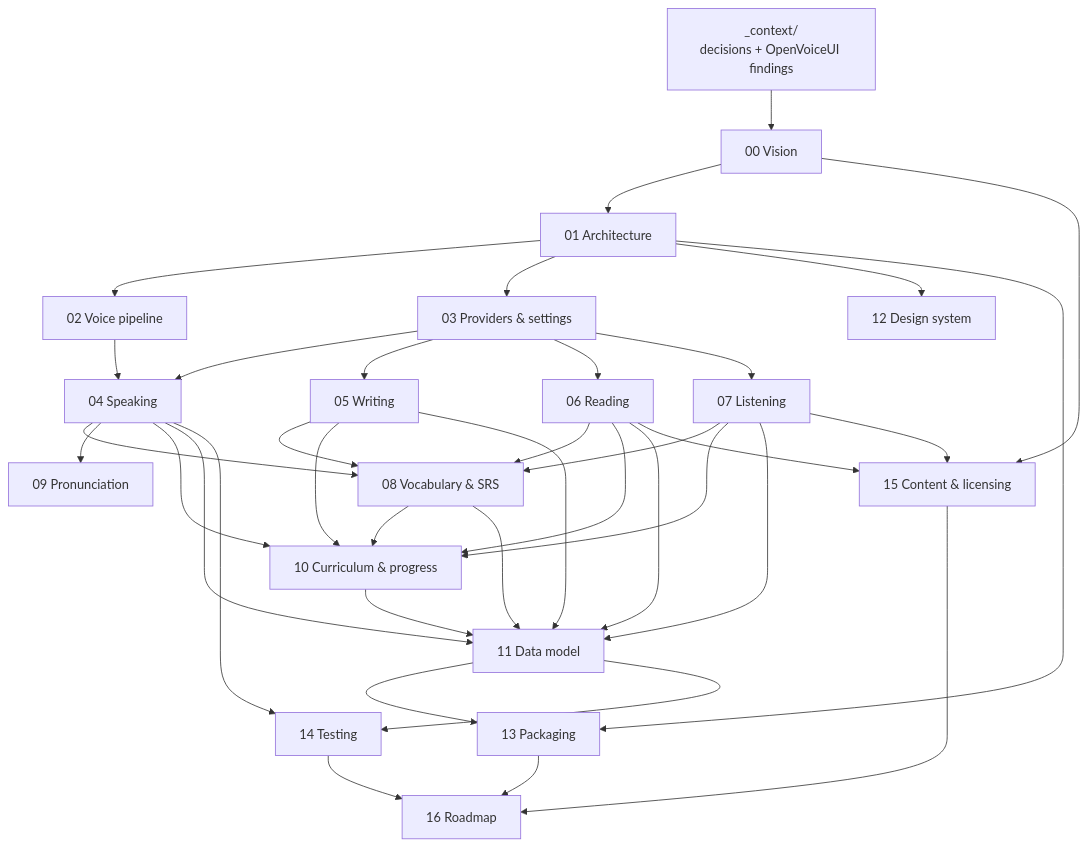
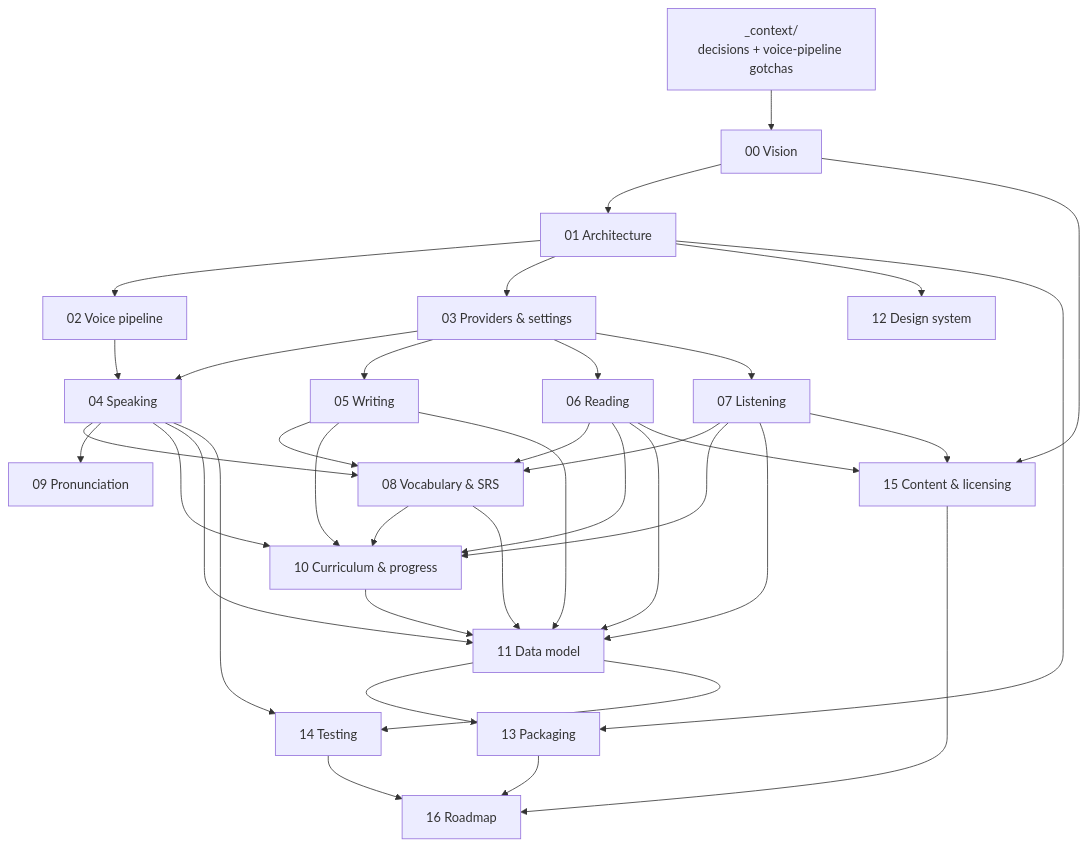
One commit to Luxshan2000/ielts-prep changed the diagram in docs/plan/README.md. Above: the diagram before and after it, drawn with Mermaid. The commit also changed other lines of this file and 43 other files, not shown here.

````diff
--- a/docs/plan/README.md
+++ b/docs/plan/README.md
@@ -96,44 +96,44 @@
 ```mermaid
 graph TD
-    CTX["_context/<br/>decisions + OpenVoiceUI findings"] --> V["00 Vision"]
+    CTX["_context/<br/>decisions + voice-pipeline gotchas"] --> V["00 Vision"]
     V --> A["01 Architecture"]
     A --> VP["02 Voice pipeline"]
     A --> PS["03 Providers & settings"]
 
     VP --> SPK["04 Speaking"]
     PS --> SPK
     PS --> WRT["05 Writing"]
     PS --> RDG["06 Reading"]
     PS --> LSN["07 Listening"]
 
     SPK --> SRS["08 Vocabulary & SRS"]
     WRT --> SRS
     RDG --> SRS
     LSN --> SRS
     SPK --> PRON["09 Pronunciation"]
     SPK --> CUR["10 Curriculum & progress"]
     WRT --> CUR
     RDG --> CUR
     LSN --> CUR
     SRS --> CUR
 
     SPK --> DM["11 Data model"]
     WRT --> DM
     RDG --> DM
     LSN --> DM
     SRS --> DM
     CUR --> DM
     A --> DS["12 Design system"]
 
     DM --> PKG["13 Packaging"]
     A --> PKG
     DM --> TST["14 Testing"]
     SPK --> TST
     RDG --> CNT["15 Content & licensing"]
     LSN --> CNT
     V --> CNT
 
     PKG --> RM["16 Roadmap"]
     TST --> RM
     CNT --> RM
 ```
````
